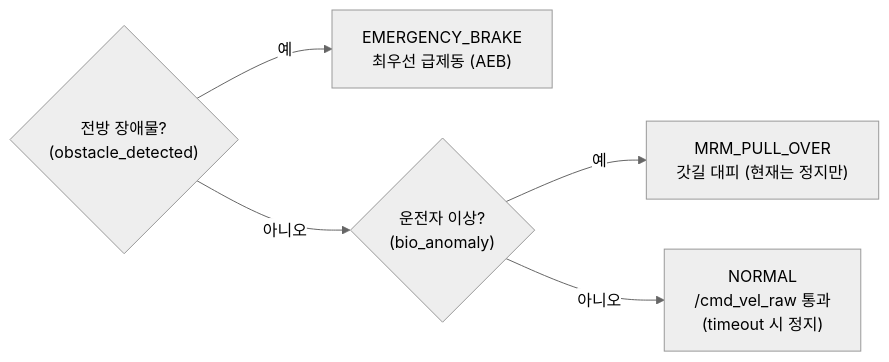
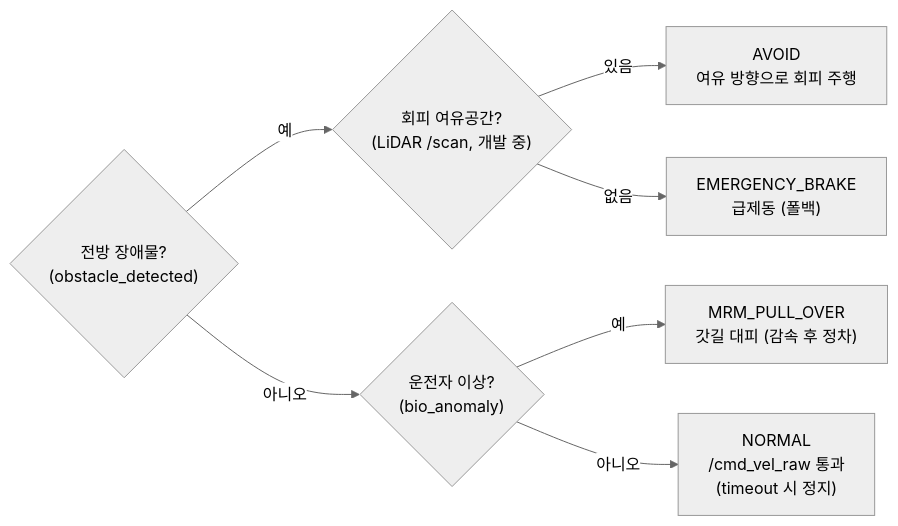
One commit to seungwp/2026_CDP changed the second of 2 diagrams in README.md. Above: the diagram before and after it, drawn with Mermaid (neutral theme). The commit also changed other lines of this file and 3 other files, not shown here.

````diff
--- a/README.md
+++ b/README.md
@@ -90,7 +115,9 @@
 ```mermaid
 flowchart LR
-    A{"전방 장애물?<br/>(obstacle_detected)"} -- 예 --> E["EMERGENCY_BRAKE<br/>최우선 급제동 (AEB)"]
+    A{"전방 장애물?<br/>(obstacle_detected)"} -- 예 --> AV{"회피 여유공간?<br/>(LiDAR /scan, 개발 중)"}
+    AV -- 있음 --> AVOID["AVOID<br/>여유 방향으로 회피 주행"]
+    AV -- 없음 --> E["EMERGENCY_BRAKE<br/>급제동 (폴백)"]
     A -- 아니오 --> B{"운전자 이상?<br/>(bio_anomaly)"}
-    B -- 예 --> M["MRM_PULL_OVER<br/>갓길 대피 (현재는 정지만)"]
+    B -- 예 --> M["MRM_PULL_OVER<br/>갓길 대피 (감속 후 정차)"]
     B -- 아니오 --> N["NORMAL<br/>/cmd_vel_raw 통과<br/>(timeout 시 정지)"]
 ```
````
